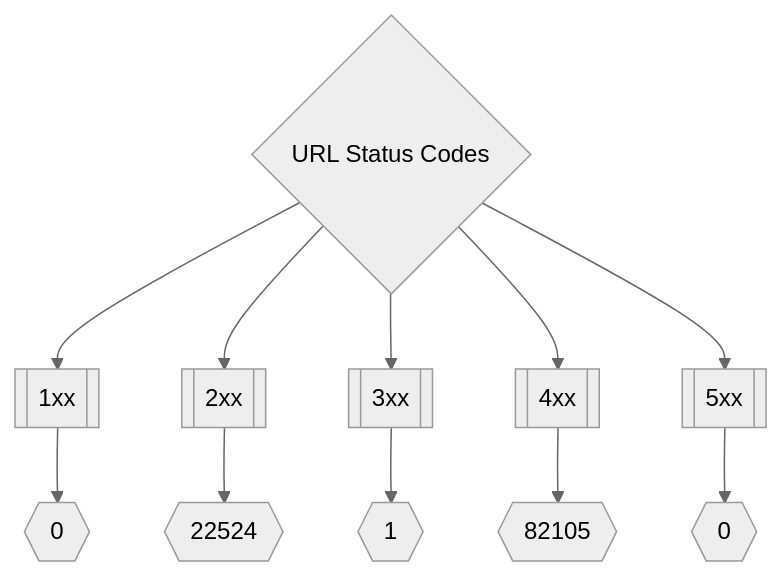
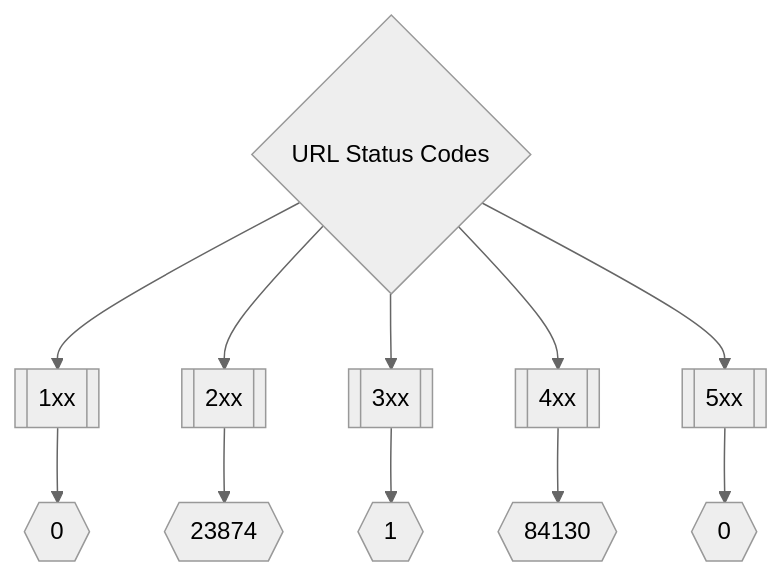
One commit to trickest/inventory changed the second of 3 diagrams in README.md. Above: the diagram before and after it, drawn with Mermaid (neutral theme). The commit also changed other lines of this file and 143 other files, not shown here.

````diff
--- a/README.md
+++ b/README.md
@@ -173,8 +173,8 @@
 ```mermaid
 graph TD
 title{URL Status Codes} --> 1xx[[1xx]] --> status1xxNum{{0}}
-title --> 2xx[[2xx]] --> status2xxNum{{22524}}
+title --> 2xx[[2xx]] --> status2xxNum{{23874}}
 title --> 3xx[[3xx]] --> status3xxNum{{1}}
-title --> 4xx[[4xx]] --> status4xxNum{{82105}}
+title --> 4xx[[4xx]] --> status4xxNum{{84130}}
 title --> 5xx[[5xx]] --> status5xxNum{{0}}
 ```
````
